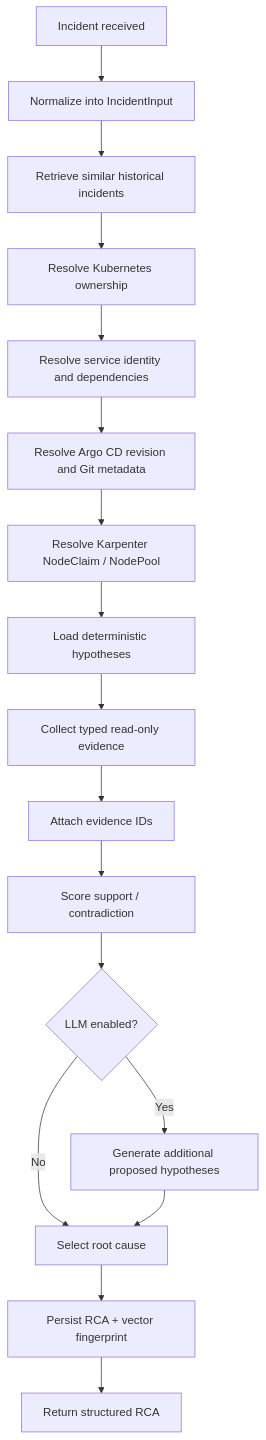
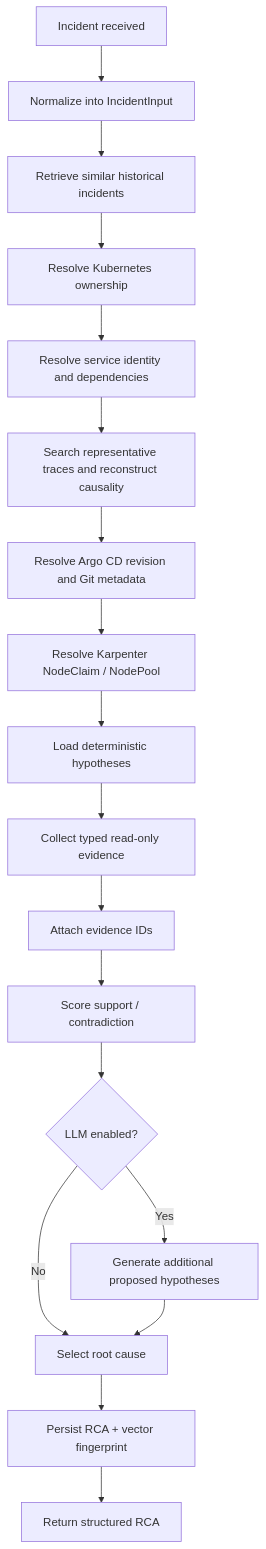
The second of 11 diagrams in docs/architecture.md (marcocristofolini/ai-sre-rca), drawn with Mermaid before and after one commit. The commit also changed other lines of this file, not shown here.

Commit message:
docs: update architecture overview for v0.4

````diff
--- a/docs/architecture.md
+++ b/docs/architecture.md
@@ -43,19 +45,20 @@
 ```mermaid
 flowchart TD
     S[Incident received] --> N[Normalize into IncidentInput]
     N --> M[Retrieve similar historical incidents]
     M --> KO[Resolve Kubernetes ownership]
     KO --> SG[Resolve service identity and dependencies]
-    SG --> CH[Resolve Argo CD revision and Git metadata]
+    SG --> TR[Search representative traces and reconstruct causality]
+    TR --> CH[Resolve Argo CD revision and Git metadata]
     CH --> KP[Resolve Karpenter NodeClaim / NodePool]
     KP --> HP[Load deterministic hypotheses]
     HP --> CE[Collect typed read-only evidence]
     CE --> AE[Attach evidence IDs]
     AE --> SC[Score support / contradiction]
     SC --> LP{LLM enabled?}
     LP -->|Yes| LH[Generate additional proposed hypotheses]
     LP -->|No| RC[Select root cause]
     LH --> RC
     RC --> PS[Persist RCA + vector fingerprint]
     PS --> OUT[Return structured RCA]
 ```
````
